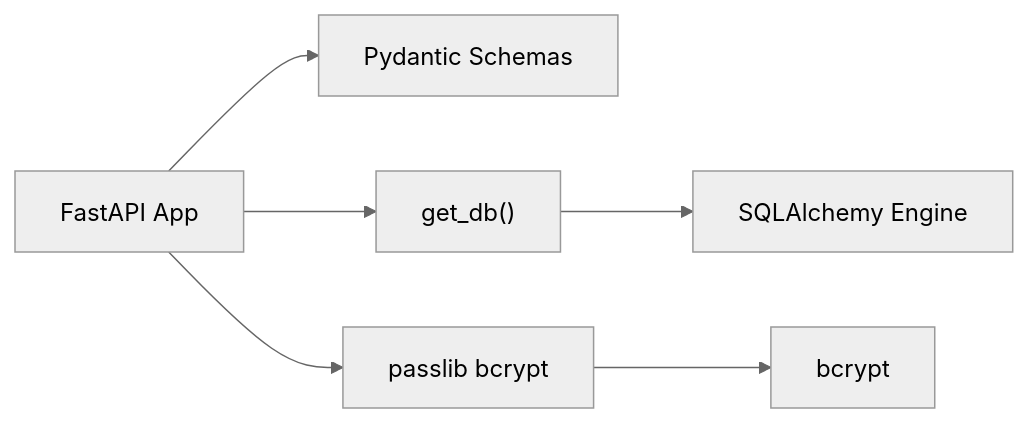
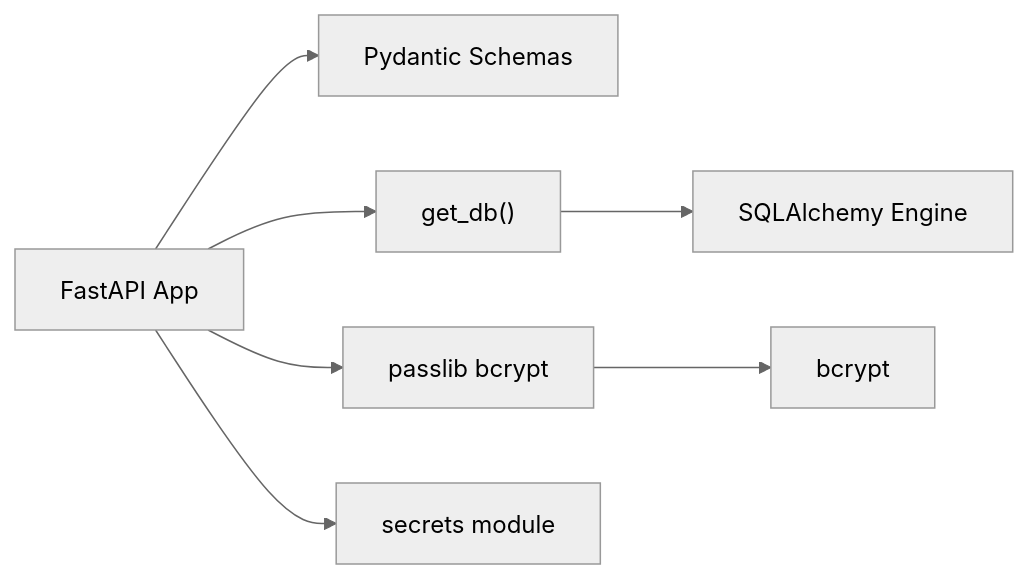
Before and after one commit to vinhle-HCMUT/MuseAmigo_API: diagram 11 of 11 in .qoder/repowiki/en/content/API Reference/Authentication Endpoints.md, drawn with Mermaid (neutral theme). The commit also changed other lines of this file and 5 other files, not shown here.

````diff
--- a/.qoder/repowiki/en/content/API Reference/Authentication Endpoints.md
+++ b/.qoder/repowiki/en/content/API Reference/Authentication Endpoints.md
@@ -300,8 +483,9 @@
 ```mermaid
 graph LR
 FastAPI["FastAPI App"] --> Schemas["Pydantic Schemas"]
 FastAPI --> DBDep["get_db()"]
 DBDep --> Engine["SQLAlchemy Engine"]
 FastAPI --> Security["passlib bcrypt"]
 Security --> Bcrypt["bcrypt"]
+FastAPI --> Secrets["secrets module"]
 ```
````
